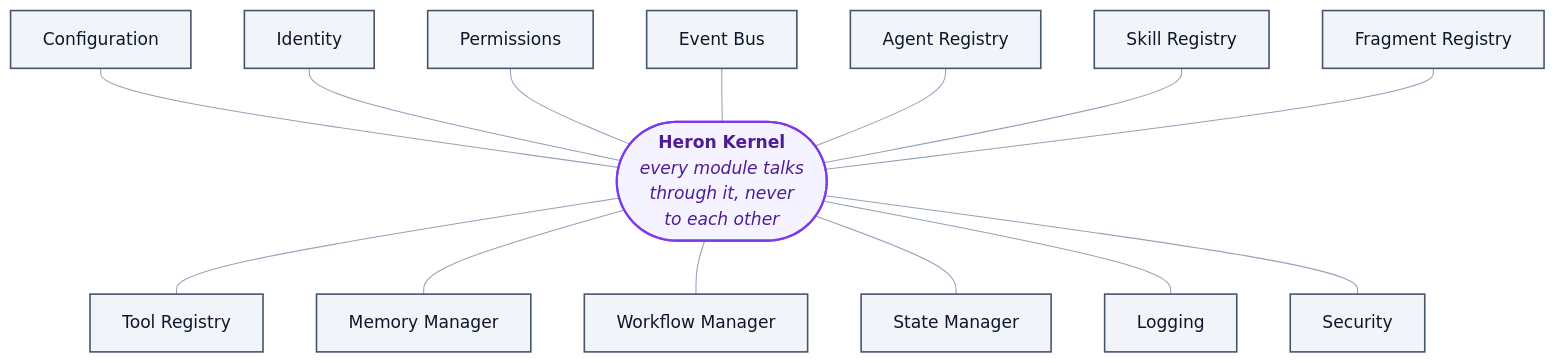
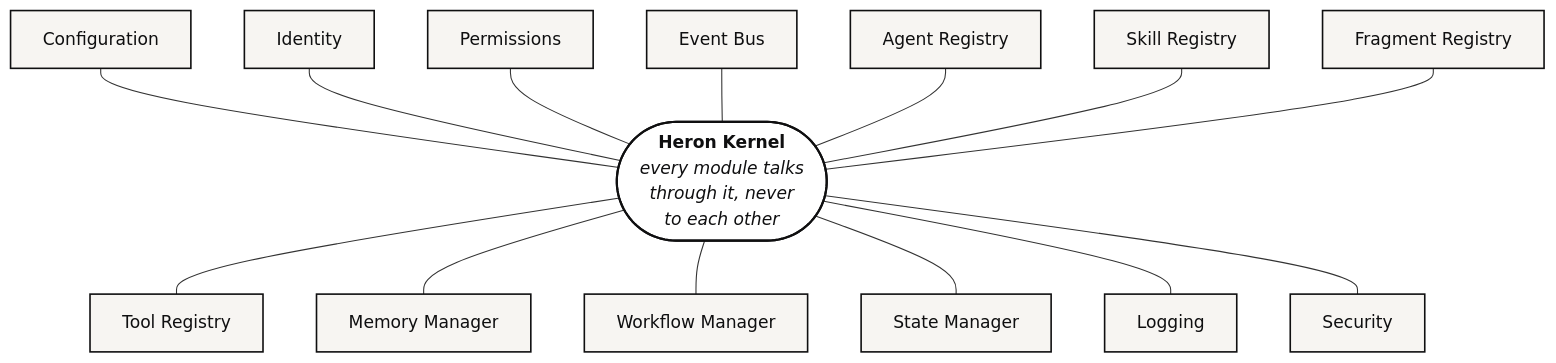
Before and after one commit to Ajmalpshaik/Heron-AI: the diagram in docs/23-heron-kernel.md, drawn with Mermaid. The commit also changed 44 other files, not shown here.

First line of the commit message:
Diagrams in the other docs move to the brand palette (D-149, #1116)

````diff
--- a/docs/23-heron-kernel.md
+++ b/docs/23-heron-kernel.md
@@ -13,23 +13,22 @@
 ```mermaid
-%%{init: {"themeVariables": {"edgeLabelBackground":"#F1F5F9","lineColor":"#94A3B8","textColor":"#0F172A","tertiaryTextColor":"#0F172A"}}}%%
 flowchart TB
     M01["Configuration"] --- K
     M02["Identity"] --- K
     M03["Permissions"] --- K
     M04["Event Bus"] --- K
     M05["Agent Registry"] --- K
     M06["Skill Registry"] --- K
     M07["Fragment Registry"] --- K
     K(["<b>Heron Kernel</b><br/><i>every module talks<br/>through it, never<br/>to each other</i>"])
     K --- M08["Tool Registry"]
     K --- M09["Memory Manager"]
     K --- M10["Workflow Manager"]
     K --- M11["State Manager"]
     K --- M12["Logging"]
     K --- M13["Security"]
 
-    classDef user fill:#F1F5F9,stroke:#475569,stroke-width:1.5px,color:#0F172A
-    classDef plat fill:#F5F3FF,stroke:#7C3AED,stroke-width:2px,color:#4C1D95
+    classDef user fill:#F7F5F2,stroke:#0F0F10,stroke-width:1.5px,color:#0F0F10
+    classDef plat fill:#FFFFFF,stroke:#0F0F10,stroke-width:2px,color:#0F0F10
     class K plat
     class M01,M02,M03,M04,M05,M06,M07,M08,M09,M10,M11,M12,M13 user
 ```
````
